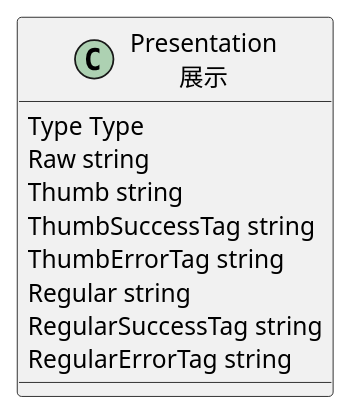
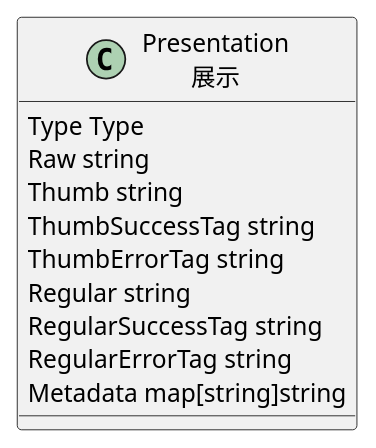
The diagram in docs/server/models/presentation.rst (WuLiFang/csheet), drawn with PlantUML before and after one commit. The commit also changed other lines of this file and 22 other files, not shown here.

```diff
--- a/docs/server/models/presentation.rst
+++ b/docs/server/models/presentation.rst
@@ -5,12 +5,13 @@
 .. uml::
 
   class "Presentation\n展示" as Presentation {
     Type Type
     Raw string
     Thumb string
     ThumbSuccessTag string
     ThumbErrorTag string
     Regular string 
     RegularSuccessTag string
     RegularErrorTag string
+    Metadata map[string]string
   }
```
